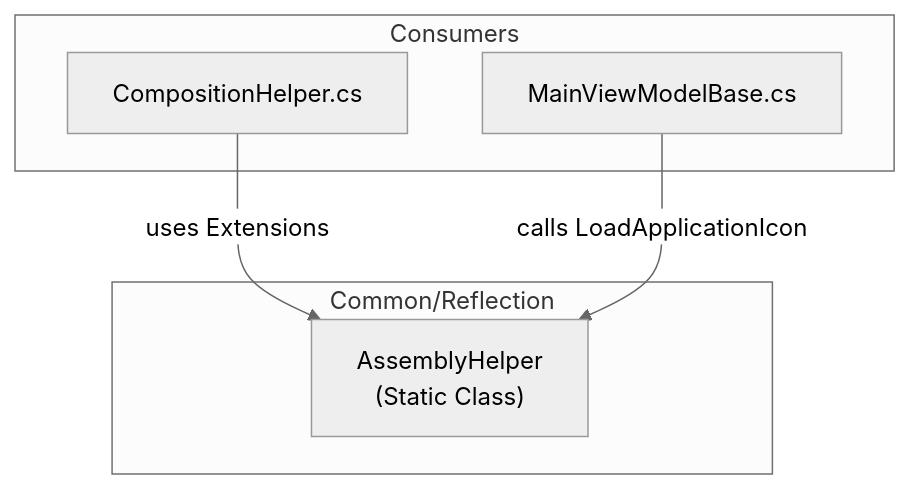
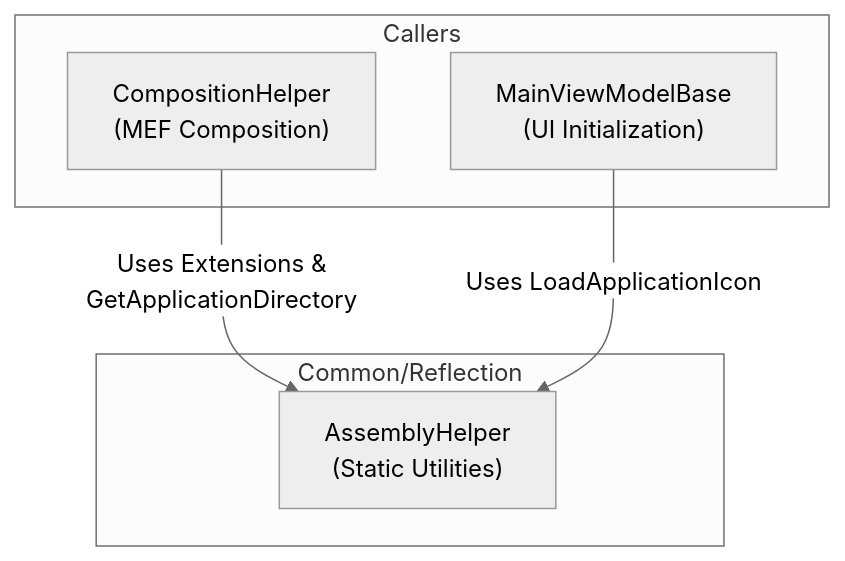
One commit to wetzlmaier-scch/mvvm changed the diagram in doc/Common/Reflection.md. Above: the diagram before and after it, drawn with Mermaid (neutral theme). The commit also changed other lines of this file and 132 other files, not shown here.

````diff
--- a/doc/Common/Reflection.md
+++ b/doc/Common/Reflection.md
@@ -20,14 +26,14 @@
 ```mermaid
 flowchart TD
     subgraph "Common/Reflection"
-        AH["AssemblyHelper<br/>(Static Class)"]
+        AH["AssemblyHelper<br/>(Static Utilities)"]
     end
-
-    subgraph "Consumers"
-        CH["CompositionHelper.cs"]
-        MVB["MainViewModelBase.cs"]
+    
+    subgraph "Callers"
+        CH["CompositionHelper<br/>(MEF Composition)"]
+        MVVB["MainViewModelBase<br/>(UI Initialization)"]
     end
-
-    CH -->|uses Extensions| AH
-    MVB -->|calls LoadApplicationIcon| AH
+    
+    CH -->|Uses Extensions &<br/>GetApplicationDirectory| AH
+    MVVB -->|Uses LoadApplicationIcon| AH
 ```
````
